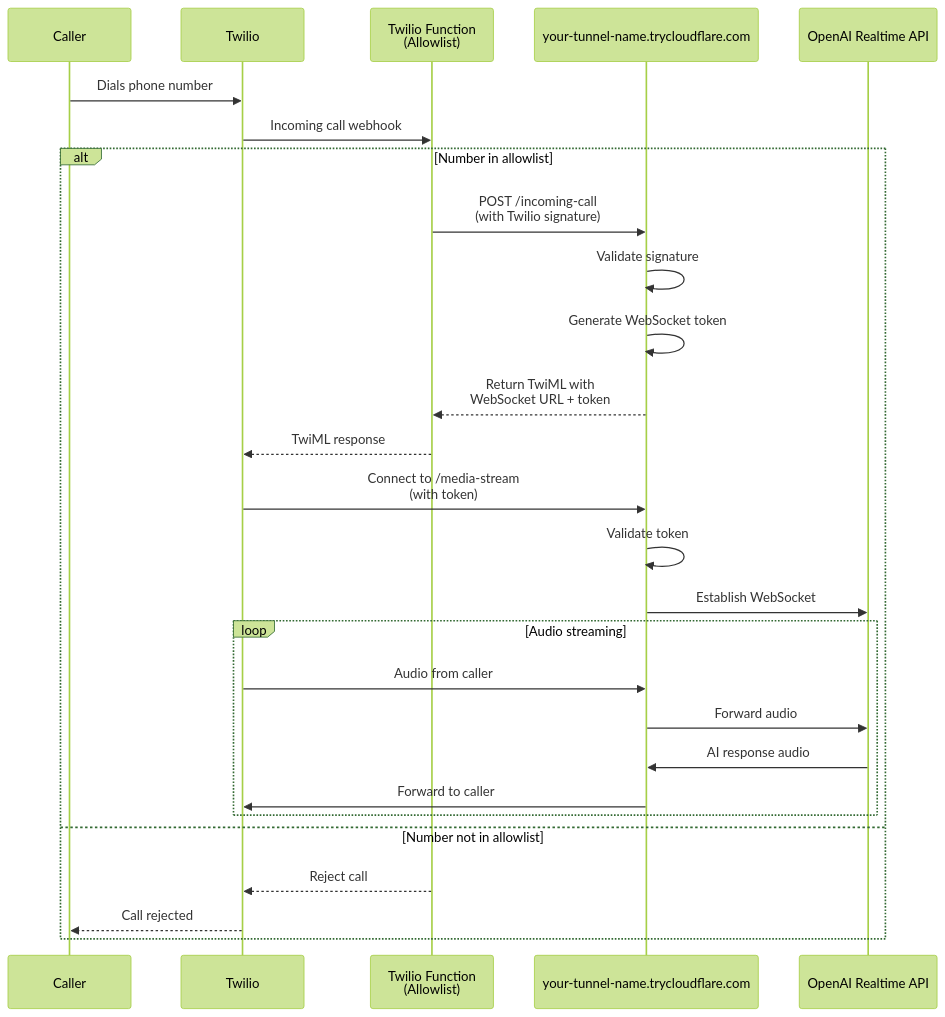
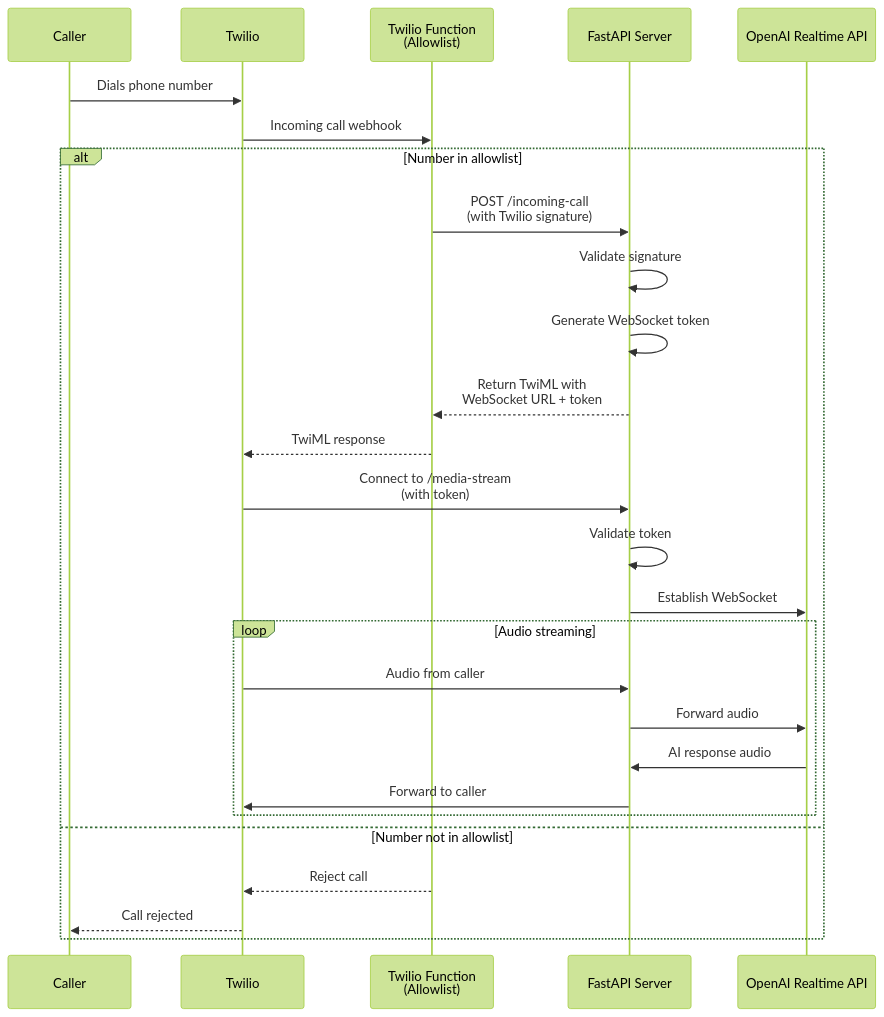
Before and after one commit to oldsj/assistant: the second of 2 diagrams in README.md, drawn with Mermaid (forest theme). The commit also changed other lines of this file, not shown here.

````diff
--- a/README.md
+++ b/README.md
@@ -7,32 +106,32 @@
 ```mermaid
 sequenceDiagram
     participant Caller
     participant Twilio
     participant TwilioFunction as Twilio Function<br/>(Allowlist)
-    participant Assistant as your-tunnel-name.trycloudflare.com
+    participant Assistant as FastAPI Server
     participant OpenAI as OpenAI Realtime API
 
     Caller->>Twilio: Dials phone number
     Twilio->>TwilioFunction: Incoming call webhook
 
     alt Number in allowlist
         TwilioFunction->>Assistant: POST /incoming-call<br/>(with Twilio signature)
         Assistant->>Assistant: Validate signature
         Assistant->>Assistant: Generate WebSocket token
         Assistant-->>TwilioFunction: Return TwiML with<br/>WebSocket URL + token
         TwilioFunction-->>Twilio: TwiML response
         Twilio->>Assistant: Connect to /media-stream<br/>(with token)
         Assistant->>Assistant: Validate token
         Assistant->>OpenAI: Establish WebSocket
 
         loop Audio streaming
             Twilio->>Assistant: Audio from caller
             Assistant->>OpenAI: Forward audio
             OpenAI->>Assistant: AI response audio
             Assistant->>Twilio: Forward to caller
         end
     else Number not in allowlist
         TwilioFunction-->>Twilio: Reject call
         Twilio-->>Caller: Call rejected
     end
 ```
````
